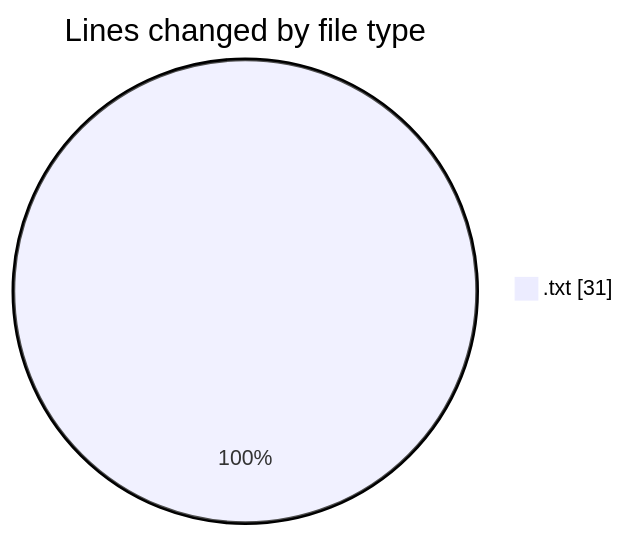
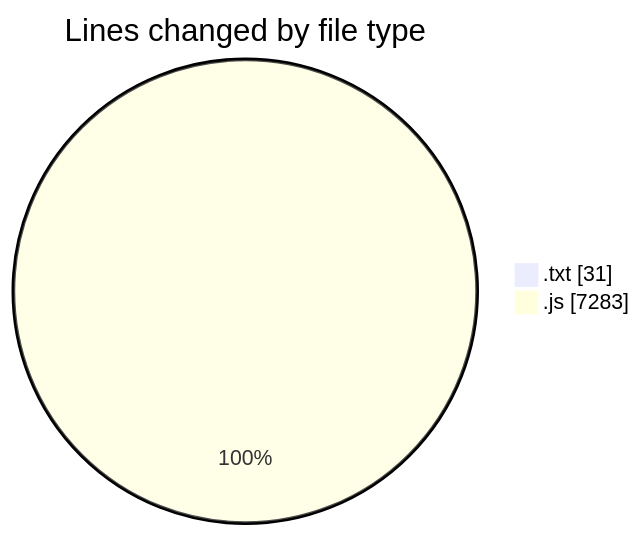
Before and after one commit to becaeroporto-bot/code-tracking: the first of 2 diagrams in 2026-02-19/bot_i_a/README.md, drawn with Mermaid. The commit also changed other lines of this file and 1 other file, not shown here.

````diff
--- a/2026-02-19/bot_i_a/README.md
+++ b/2026-02-19/bot_i_a/README.md
@@ -20,5 +34,6 @@
 ```mermaid
 pie showData
 title Lines changed by file type
 ".txt" : 31
+".js" : 7283
 ```
````
